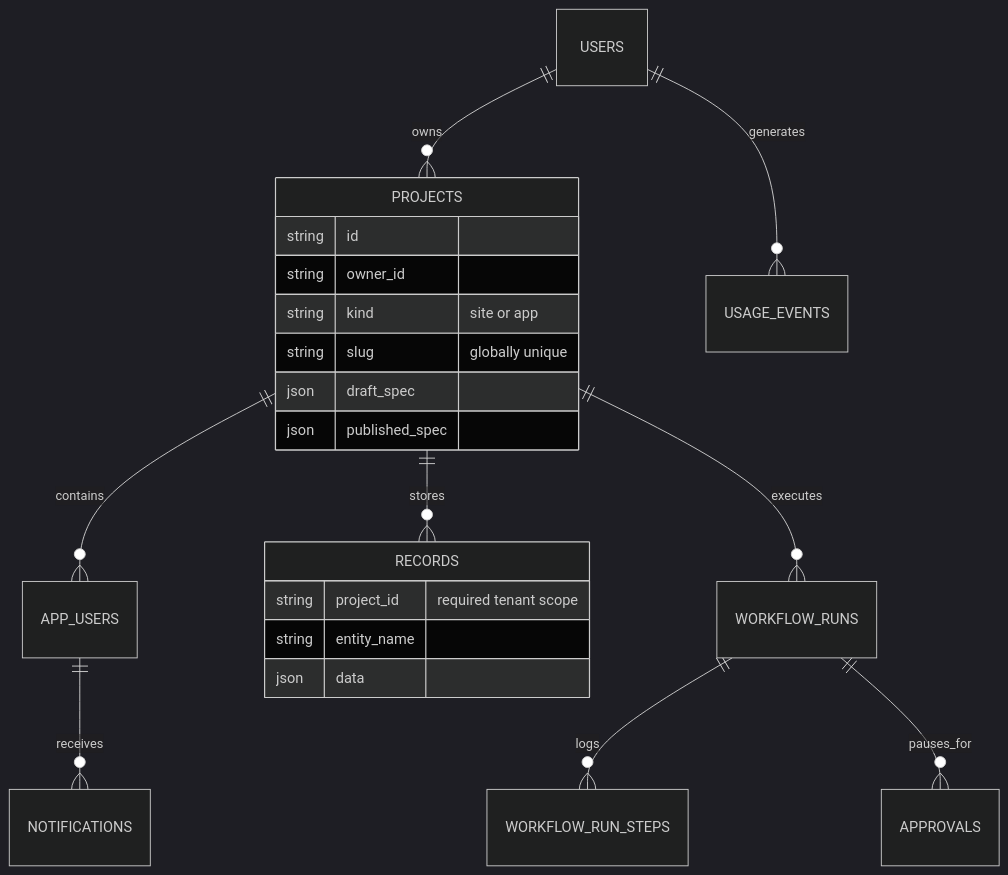
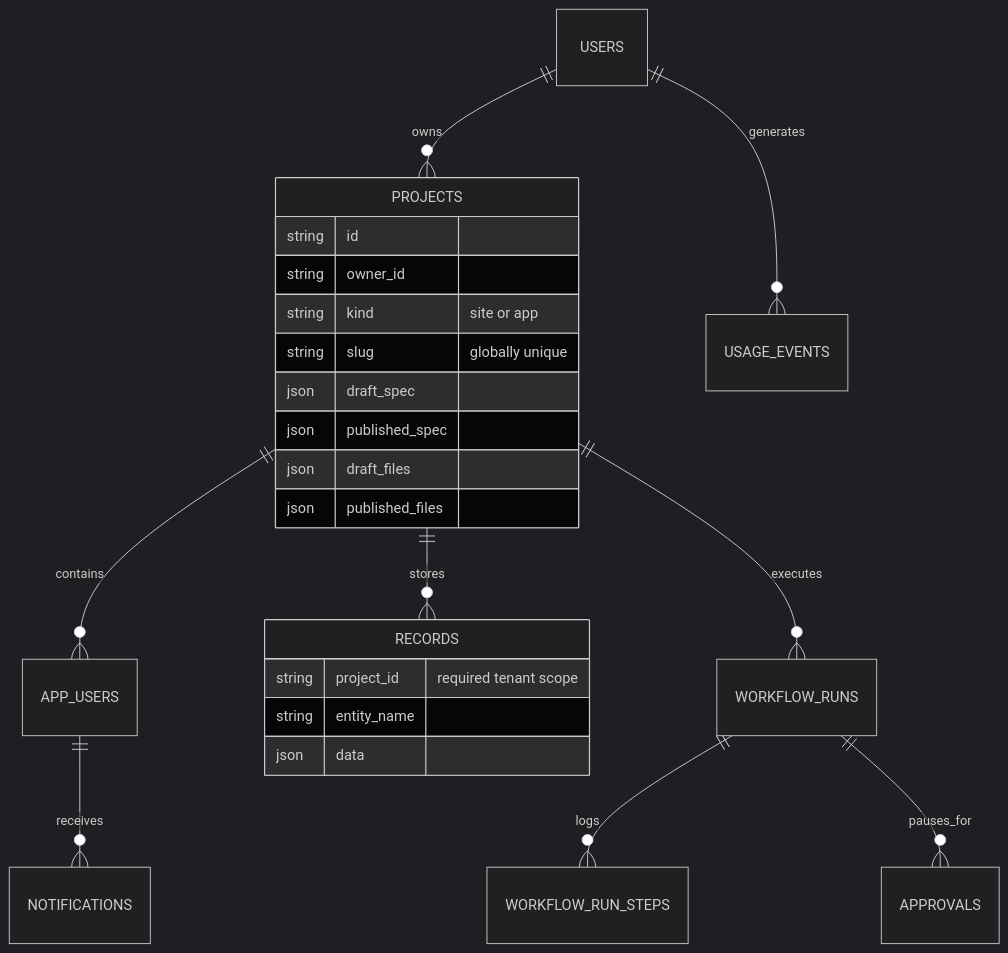
One commit to Aryan246cs/Agentic-coding-buddy changed the first of 4 diagrams in ARCHITECTURE.md. Above: the diagram before and after it, drawn with Mermaid (dark theme). The commit also changed other lines of this file and 24 other files, not shown here.

````diff
--- a/ARCHITECTURE.md
+++ b/ARCHITECTURE.md
@@ -67,25 +68,27 @@
 ```mermaid
 erDiagram
     USERS ||--o{ PROJECTS : owns
     PROJECTS ||--o{ APP_USERS : contains
     PROJECTS ||--o{ RECORDS : stores
     PROJECTS ||--o{ WORKFLOW_RUNS : executes
     WORKFLOW_RUNS ||--o{ WORKFLOW_RUN_STEPS : logs
     WORKFLOW_RUNS ||--o{ APPROVALS : pauses_for
     APP_USERS ||--o{ NOTIFICATIONS : receives
     USERS ||--o{ USAGE_EVENTS : generates
 
     PROJECTS {
       string id
       string owner_id
       string kind "site or app"
       string slug "globally unique"
       json draft_spec
       json published_spec
+      json draft_files
+      json published_files
     }
     RECORDS {
       string project_id "required tenant scope"
       string entity_name
       json data
     }
 ```
````
